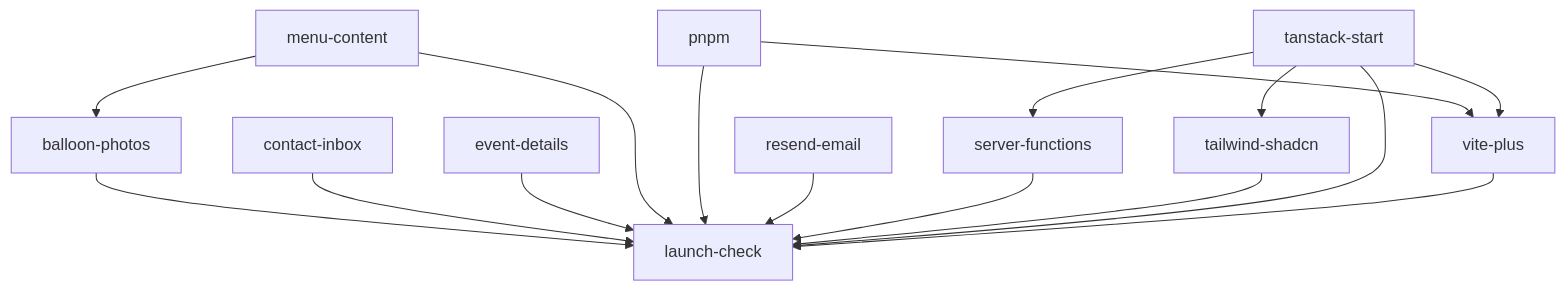
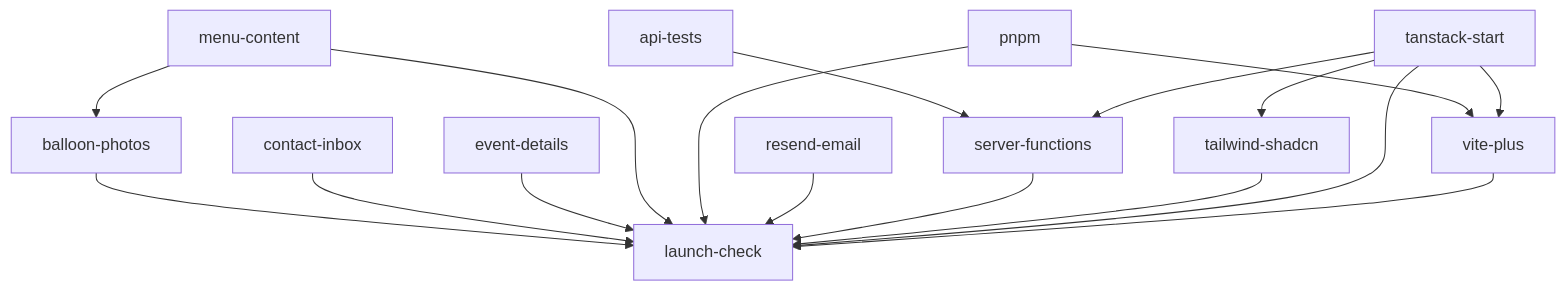
One commit to lix42/balloonxbros changed the diagram in docs/TASKS.md. Above: the diagram before and after it, drawn with Mermaid. The commit also changed other lines of this file and 19 other files, not shown here.

First line of the commit message:
API route tests in workerd; Node 24 for tooling and CI (#5)

````diff
--- a/docs/TASKS.md
+++ b/docs/TASKS.md
@@ -51,29 +51,31 @@
 ```mermaid
 graph TD
+  api-tests
   balloon-photos
   contact-inbox
   event-details
   launch-check
   menu-content
   pnpm
   resend-email
   server-functions
   tailwind-shadcn
   tanstack-start
   vite-plus
   menu-content --> balloon-photos
   balloon-photos --> launch-check
   contact-inbox --> launch-check
   event-details --> launch-check
   menu-content --> launch-check
   pnpm --> launch-check
   resend-email --> launch-check
   server-functions --> launch-check
   tailwind-shadcn --> launch-check
   tanstack-start --> launch-check
   vite-plus --> launch-check
+  api-tests --> server-functions
   tanstack-start --> server-functions
   tanstack-start --> tailwind-shadcn
   pnpm --> vite-plus
   tanstack-start --> vite-plus
 ```
````
